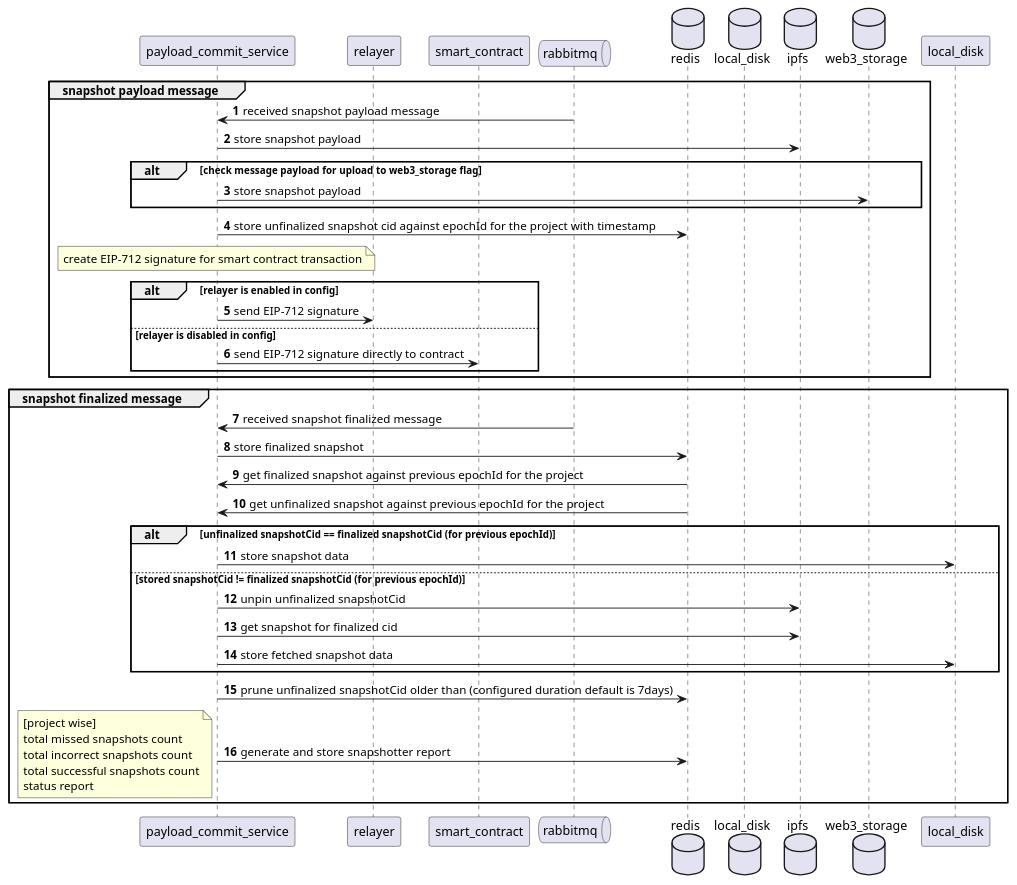
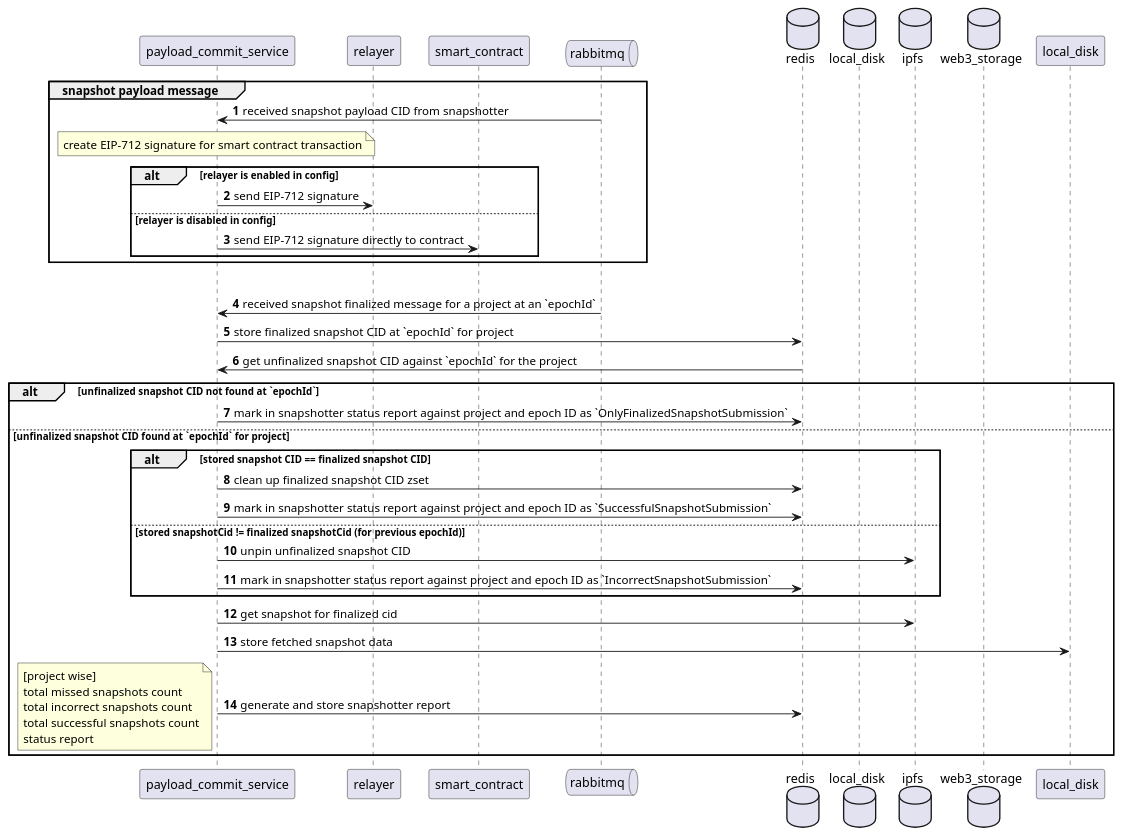
The diagram in docs/Diagrams/payload_commit_service.puml (PowerLoom/audit-protocol), drawn with PlantUML before and after one commit. The commit also changed 1 other file, not shown here.

Commit message:
doc: update payload commit service sequence diagram

```diff
--- a/docs/Diagrams/payload_commit_service.puml
+++ b/docs/Diagrams/payload_commit_service.puml
@@ -1,55 +1,46 @@
 @startuml "Payload commit service"
 autonumber
 
 participant "payload_commit_service" as pcs
 participant relayer
 participant smart_contract
 queue rabbitmq
 database redis
 database local_disk as disk
 database ipfs
 database web3_storage
 
 group snapshot payload message
-    rabbitmq -> pcs: received snapshot payload message
-
-    pcs -> ipfs: store snapshot payload
-
-    alt check message payload for upload to web3_storage  flag
-        pcs -> web3_storage: store snapshot payload
-    end
-
-    pcs -> redis: store unfinalized snapshot cid against epochId for the project with timestamp
+    rabbitmq -> pcs: received snapshot payload CID from snapshotter
 
     note over pcs: create EIP-712 signature for smart contract transaction
     alt relayer is enabled in config
         pcs -> relayer: send EIP-712 signature
     else relayer is disabled in config
         pcs -> smart_contract: send EIP-712 signature directly to contract
     end
 end
 
 group snapshot finalized message
-    rabbitmq -> pcs: received snapshot finalized message
+    rabbitmq -> pcs: received snapshot finalized message for a project at an `epochId` 
+    pcs -> redis: store finalized snapshot CID at `epochId` for project
+    redis -> pcs: get unfinalized snapshot CID against `epochId` for the project
 
-    pcs -> redis: store finalized snapshot
-    redis -> pcs: get finalized snapshot against previous epochId for the project
-    redis -> pcs: get unfinalized snapshot against previous epochId for the project
-
-    alt unfinalized snapshotCid == finalized snapshotCid (for previous epochId)
-        pcs -> local_disk: store snapshot data
-
-    else stored snapshotCid != finalized snapshotCid (for previous epochId)
-        pcs -> ipfs: unpin unfinalized snapshotCid
-        pcs -> ipfs: get snapshot for finalized cid
-
-        pcs -> local_disk: store fetched snapshot data
+    alt unfinalized snapshot CID not found at `epochId`
+        pcs -> redis: mark in snapshotter status report against project and epoch ID as `OnlyFinalizedSnapshotSubmission`
+    else unfinalized snapshot CID found at `epochId` for project
+            alt stored snapshot CID == finalized snapshot CID
+                pcs -> redis: clean up finalized snapshot CID zset
+                pcs -> redis: mark in snapshotter status report against project and epoch ID as `SuccessfulSnapshotSubmission`
+            else stored snapshotCid != finalized snapshotCid (for previous epochId)
+                 pcs -> ipfs: unpin unfinalized snapshot CID
+                 pcs -> redis: mark in snapshotter status report against project and epoch ID as `IncorrectSnapshotSubmission`
     end
-
-    pcs -> redis: prune unfinalized snapshotCid older than (configured duration default is 7days)
+    pcs -> ipfs: get snapshot for finalized cid
+    pcs -> local_disk: store fetched snapshot data
 
     pcs -> redis: generate and store snapshotter report
     note left: [project wise]\ntotal missed snapshots count\ntotal incorrect snapshots count\ntotal successful snapshots count\nstatus report
 end
 
 @enduml
```
